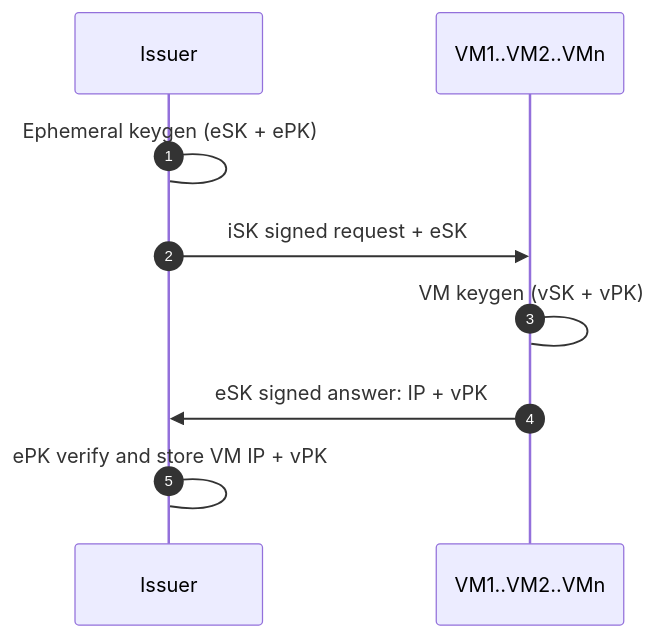
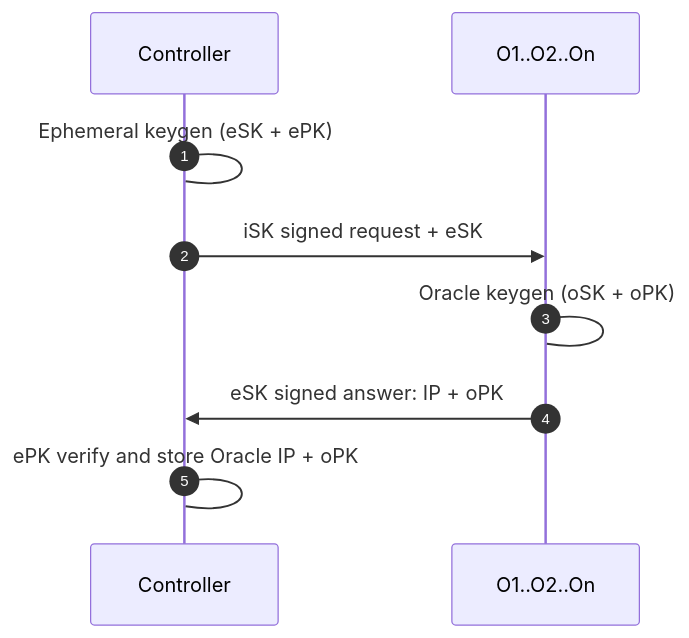
Before and after one commit to dyne/zenswarm: the third of 5 diagrams in README.md, drawn with Mermaid. The commit also changed other lines of this file, not shown here.

````diff
--- a/README.md
+++ b/README.md
@@ -74,12 +119,12 @@
 ```mermaid
 sequenceDiagram
 autonumber
-  participant I as Issuer
-  participant V as VM1..VM2..VMn
+  participant I as Controller
+  participant V as O1..O2..On
 
   I->I: Ephemeral keygen (eSK + ePK)
   I->>V: iSK signed request + eSK
-  V->V: VM keygen (vSK + vPK)
-  V->>I: eSK signed answer: IP + vPK
-  I->I: ePK verify and store VM IP + vPK
+  V->V: Oracle keygen (oSK + oPK)
+  V->>I: eSK signed answer: IP + oPK
+  I->I: ePK verify and store Oracle IP + oPK
 ```
````
